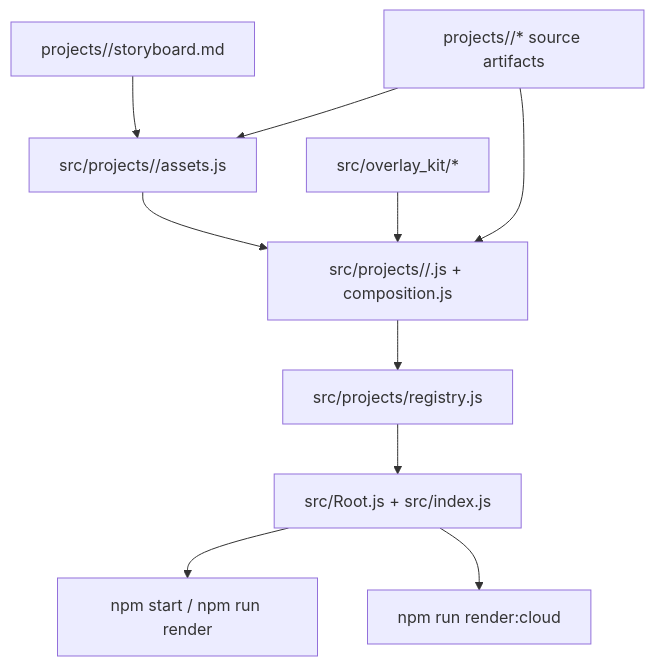
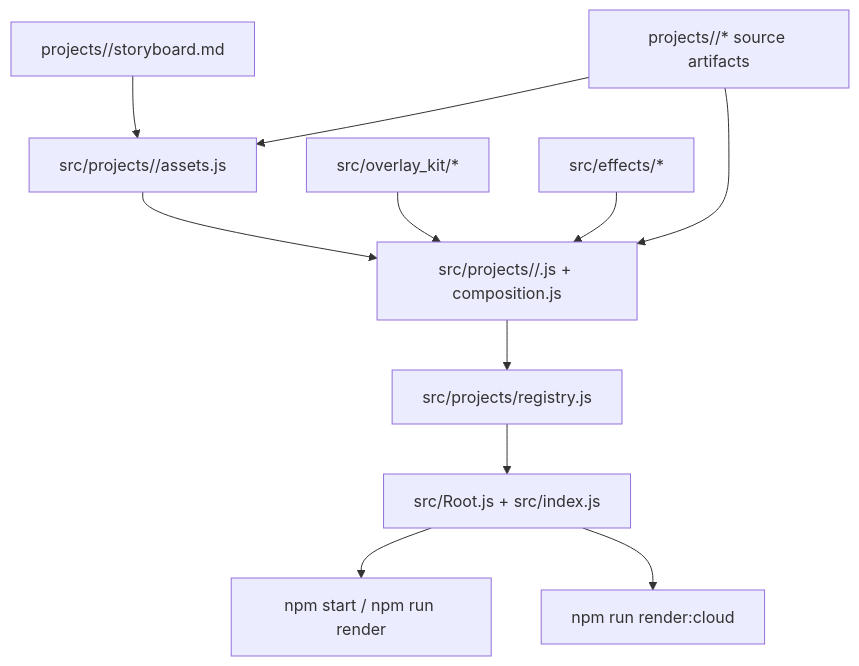
The diagram in docs/architecture/video-project-model.md (wisdom-in-a-nutshell/adithyan-ai-videos), drawn with Mermaid before and after one commit. The commit also changed other lines of this file and 13 other files, not shown here.

````diff
--- a/docs/architecture/video-project-model.md
+++ b/docs/architecture/video-project-model.md
@@ -8,22 +8,24 @@
 ```mermaid
 flowchart TD
     Storyboard[projects/<id>/storyboard.md]
     Artifacts[projects/<id>/* source artifacts]
     Assets[src/projects/<id>/assets.js]
     ProjectCode[src/projects/<id>/<ProjectComp>.js + composition.js]
     OverlayKit[src/overlay_kit/*]
+    Effects[src/effects/*]
     Registry[src/projects/registry.js]
     Entry[src/Root.js + src/index.js]
     Local[npm start / npm run render]
     Cloud[npm run render:cloud]
 
     Storyboard --> Assets
     Artifacts --> Assets
     Artifacts --> ProjectCode
     Assets --> ProjectCode
     OverlayKit --> ProjectCode
+    Effects --> ProjectCode
     ProjectCode --> Registry
     Registry --> Entry
     Entry --> Local
     Entry --> Cloud
 ```
````
